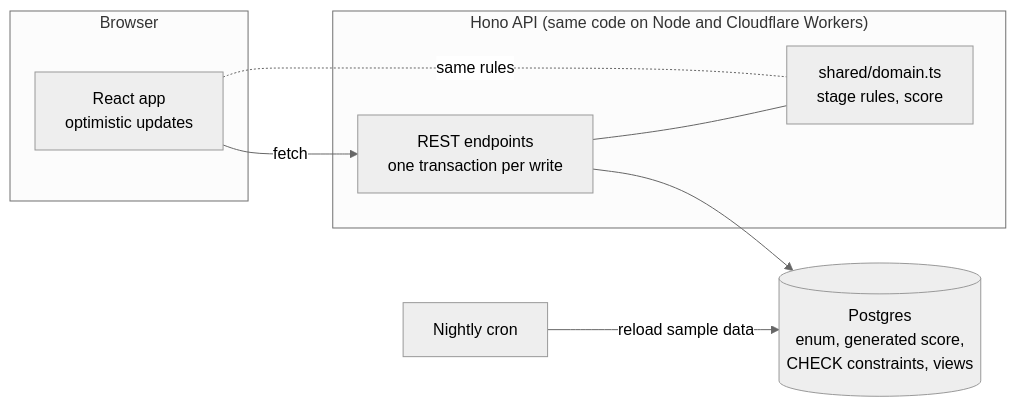
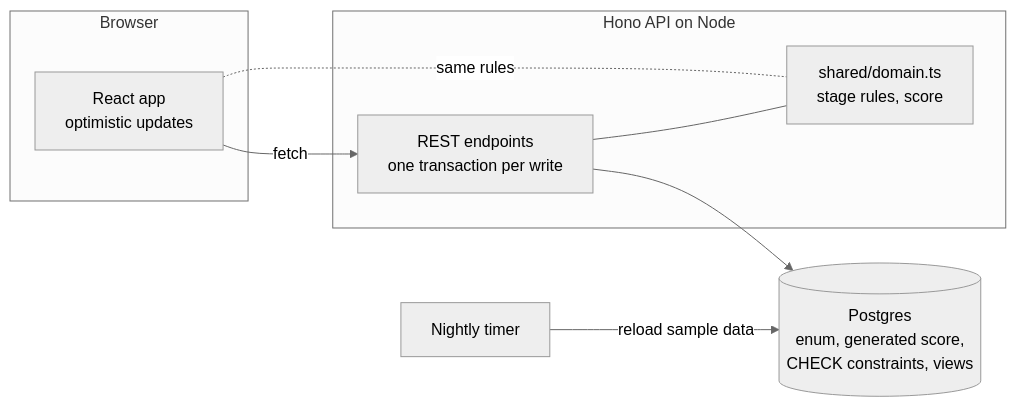
One commit to bryanacevedo/gtm-backlog changed the diagram in README.md. Above: the diagram before and after it, drawn with Mermaid (neutral theme). The commit also changed other lines of this file and 2 other files, not shown here.

First line of the commit message:
README and docs: match the code and the live site

````diff
--- a/README.md
+++ b/README.md
@@ -94,16 +94,16 @@
 ```mermaid
 flowchart LR
   subgraph Browser
     UI[React app<br/>optimistic updates]
   end
-  subgraph Server["Hono API (same code on Node and Cloudflare Workers)"]
+  subgraph Server["Hono API on Node"]
     API[REST endpoints<br/>one transaction per write]
     Rules[shared/domain.ts<br/>stage rules, score]
   end
   DB[(Postgres<br/>enum, generated score,<br/>CHECK constraints, views)]
   UI -- fetch --> API
   UI -. same rules .- Rules
   API --- Rules
   API --> DB
-  Cron[Nightly cron] -- reload sample data --> DB
+  Cron[Nightly timer] -- reload sample data --> DB
 ```
````
